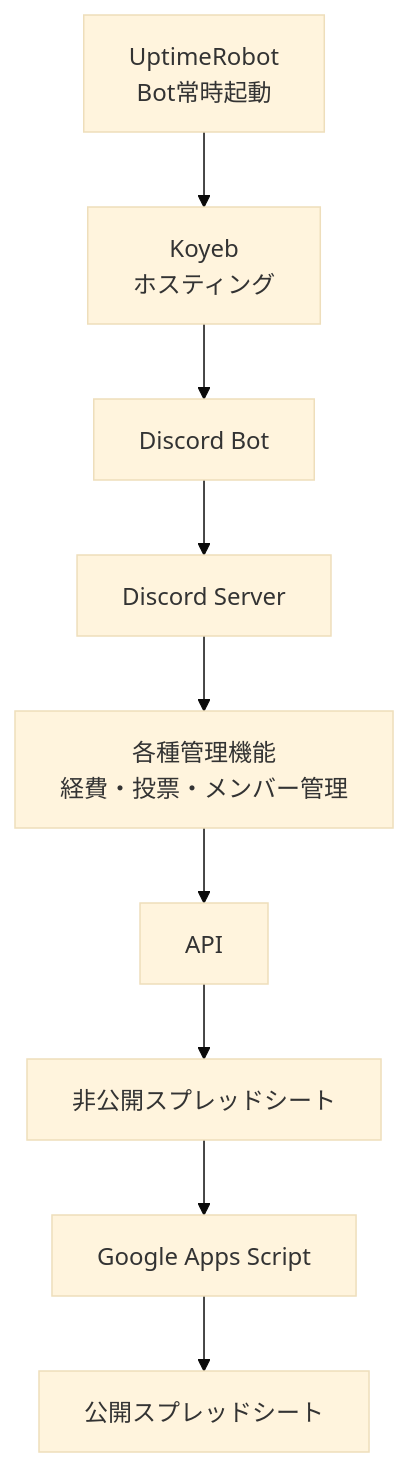
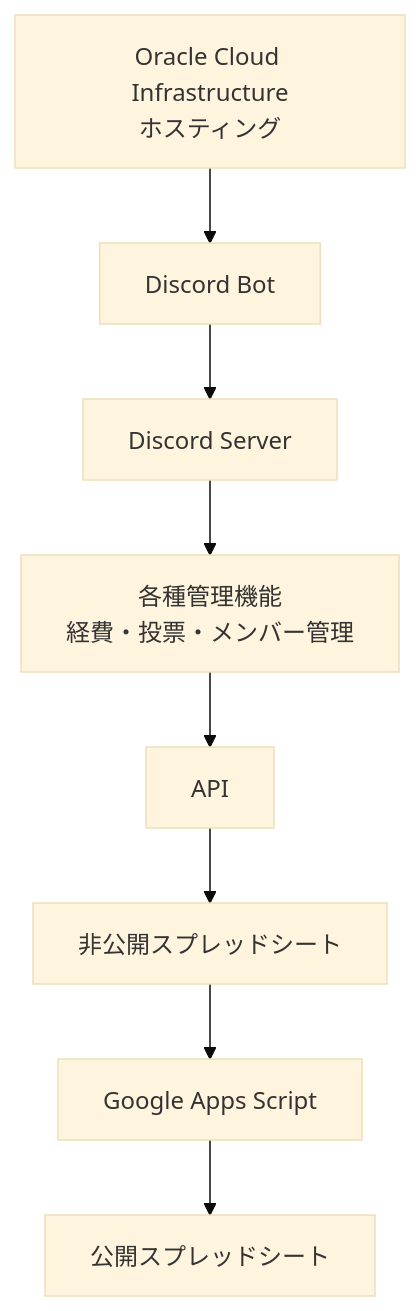
The diagram in README.md (OU-sakumon/Manuals), drawn with Mermaid (base theme) before and after one commit. The commit also changed other lines of this file, not shown here.

````diff
--- a/README.md
+++ b/README.md
@@ -71,11 +71,10 @@
 ```mermaid
 graph TD
     A["Discord Bot"] --> B["Discord Server"]
     B --> C["各種管理機能<br/>経費・投票・メンバー管理"]
     C --> D["API"]
     D --> E["非公開スプレッドシート"]
     E --> F["Google Apps Script"]
     F --> G["公開スプレッドシート"]
-    H["Koyeb<br/>ホスティング"] --> A
-    I["UptimeRobot<br/>Bot常時起動"] --> H
+    H["Oracle Cloud Infrastructure<br/>ホスティング"] --> A
 ```
````
